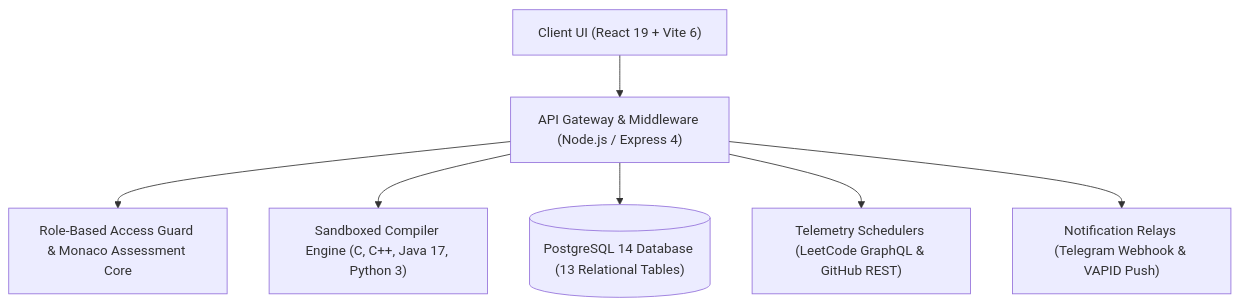
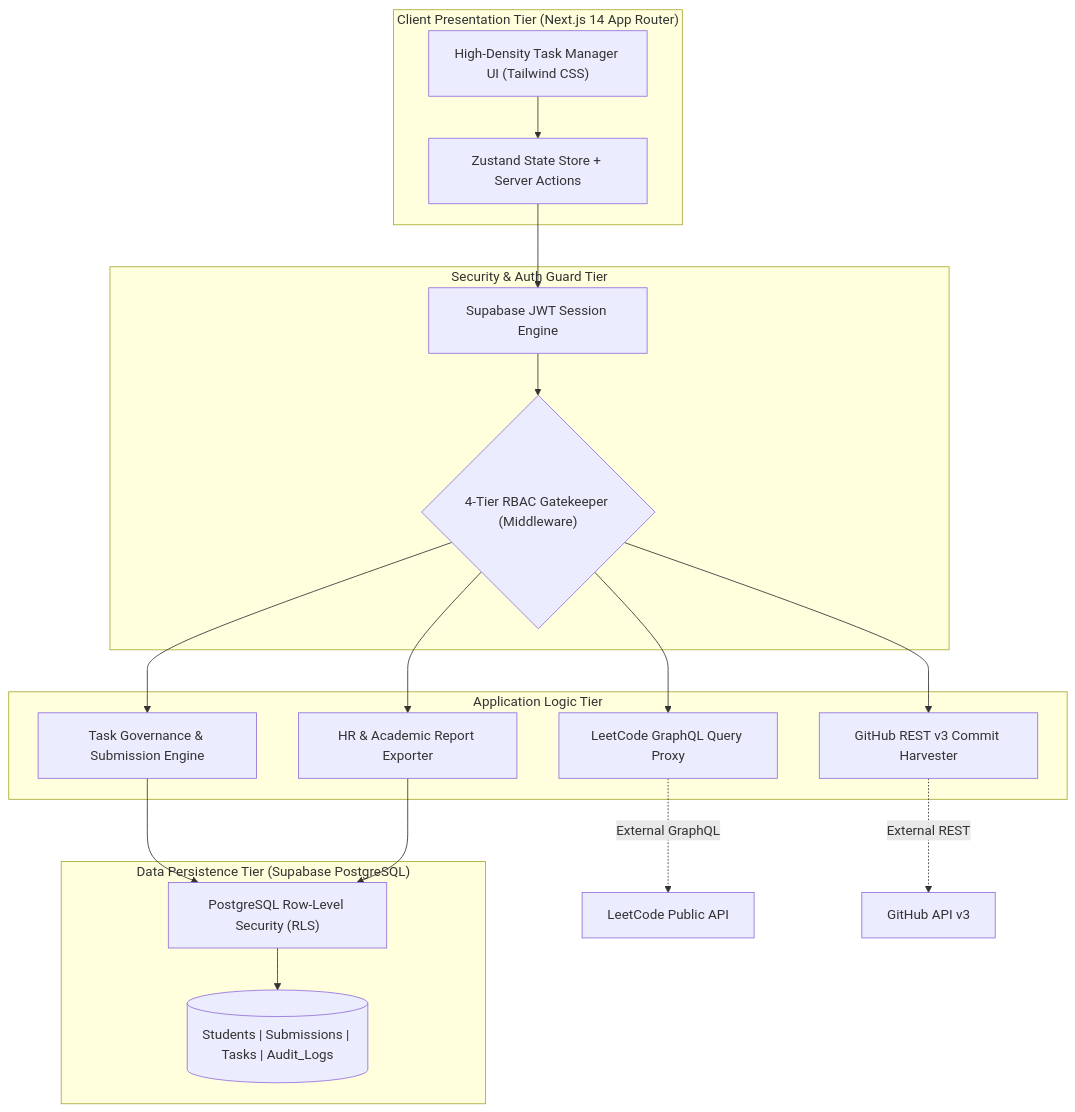
Before and after one commit to TK4743/taskmanager: the diagram in README.md, drawn with Mermaid. The commit also changed other lines of this file and 3 other files, not shown here.

Commit message:
docs: standardize 4-page IEEE technical report, proprietary license, and IDE gateway

````diff
--- a/README.md
+++ b/README.md
@@ -58,9 +41,30 @@
 ```mermaid
-graph TD
-    Client["Client UI (React 19 + Vite 6)"] --> Gateway["API Gateway & Middleware (Node.js / Express 4)"]
-    Gateway --> RBAC["Role-Based Access Guard & Monaco Assessment Core"]
-    Gateway --> Sandbox["Sandboxed Compiler Engine (C, C++, Java 17, Python 3)"]
-    Gateway --> DB[("PostgreSQL 14 Database (13 Relational Tables)")]
-    Gateway --> Daemons["Telemetry Schedulers (LeetCode GraphQL & GitHub REST)"]
-    Gateway --> Alerts["Notification Relays (Telegram Webhook & VAPID Push)"]
+flowchart TD
+    subgraph Client ["Client Presentation Tier (Next.js 14 App Router)"]
+        UI["High-Density Task Manager UI (Tailwind CSS)"]
+        State["Zustand State Store + Server Actions"]
+    end
+
+    subgraph Auth ["Security & Auth Guard Tier"]
+        JWT["Supabase JWT Session Engine"]
+        RBAC{"4-Tier RBAC Gatekeeper (Middleware)"}
+    end
+
+    subgraph Core ["Application Logic Tier"]
+        TaskSvc["Task Governance & Submission Engine"]
+        LeetSvc["LeetCode GraphQL Query Proxy"]
+        GitSvc["GitHub REST v3 Commit Harvester"]
+        ReportSvc["HR & Academic Report Exporter"]
+    end
+
+    subgraph DB ["Data Persistence Tier (Supabase PostgreSQL)"]
+        RLS["PostgreSQL Row-Level Security (RLS)"]
+        Tables[("Students | Submissions | Tasks | Audit_Logs")]
+    end
+
+    UI --> State --> JWT --> RBAC
+    RBAC --> TaskSvc & LeetSvc & GitSvc & ReportSvc
+    TaskSvc & ReportSvc --> RLS --> Tables
+    LeetSvc -.->|"External GraphQL"| LC["LeetCode Public API"]
+    GitSvc -.->|"External REST"| GH["GitHub API v3"]
 ```
````
